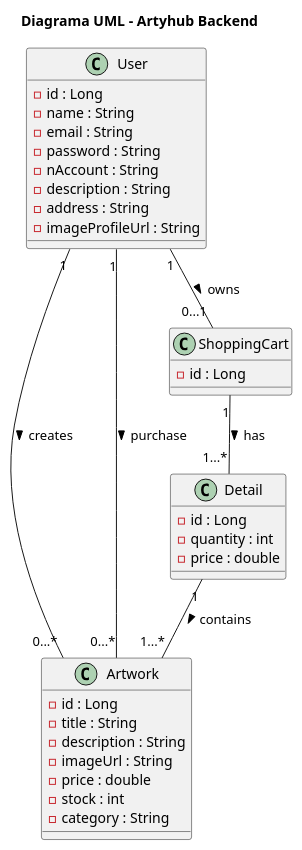
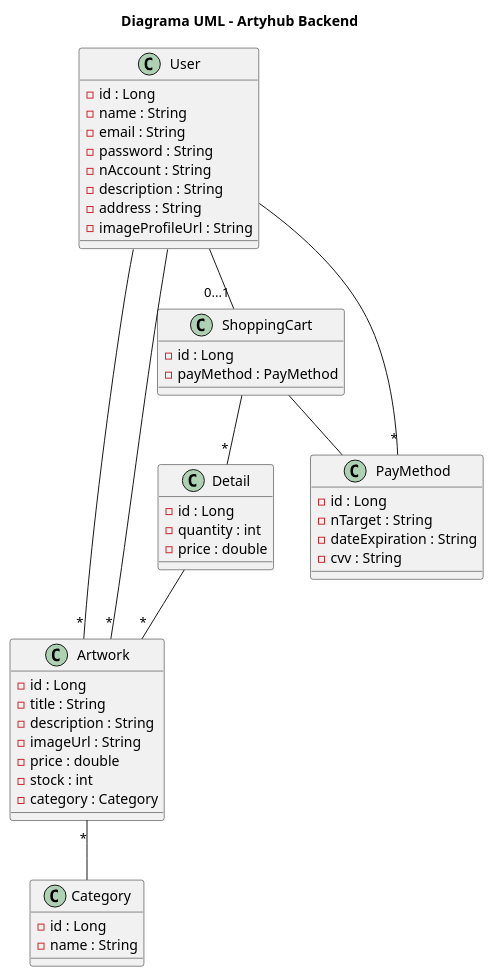
Before and after one commit to ArtiHub-Mislata/tienda-back: the diagram in docs/uml/artyhub-back.puml, drawn with PlantUML.

Commit message:
fixed diagrama uml

```diff
--- a/docs/uml/artyhub-back.puml
+++ b/docs/uml/artyhub-back.puml
@@ -1,43 +1,58 @@
 @startuml
 
 title Diagrama UML - Artyhub Backend
 
 class User {
     - id : Long
     - name : String
     - email : String
     - password : String
     - nAccount : String
     - description : String
     - address : String
     - imageProfileUrl : String
 }
 
 class Artwork {
     - id : Long
     - title : String
     - description : String
     - imageUrl : String
     - price : double
     - stock : int
-    - category : String
+    - category : Category
+}
+
+class Category {
+    - id : Long
+    - name : String
 }
 
 class Detail {
     - id : Long
     - quantity : int
     - price : double
 }
 
 class ShoppingCart {
     - id : Long
+    - payMethod : PayMethod
 }
 
-User "1" -- "0...*" Artwork : creates >
-User "1" -- "0...1" ShoppingCart : owns >
-ShoppingCart "1" -- "1...*" Detail : has >
-Detail "1" -- "1...*" Artwork : contains >
-User "1" -- "0...*" Artwork : purchase >
+class PayMethod {
+    - id : Long
+    - nTarget : String
+    - dateExpiration : String
+    - cvv : String
+}
 
+User -- "*" Artwork
+User -- "0...1" ShoppingCart
+ShoppingCart -- "*" Detail
+Detail -- "*" Artwork
+User -- "*" Artwork
+ShoppingCart -- PayMethod
+User -- "*" PayMethod
+Artwork "*" -- Category
 
 @enduml
```
